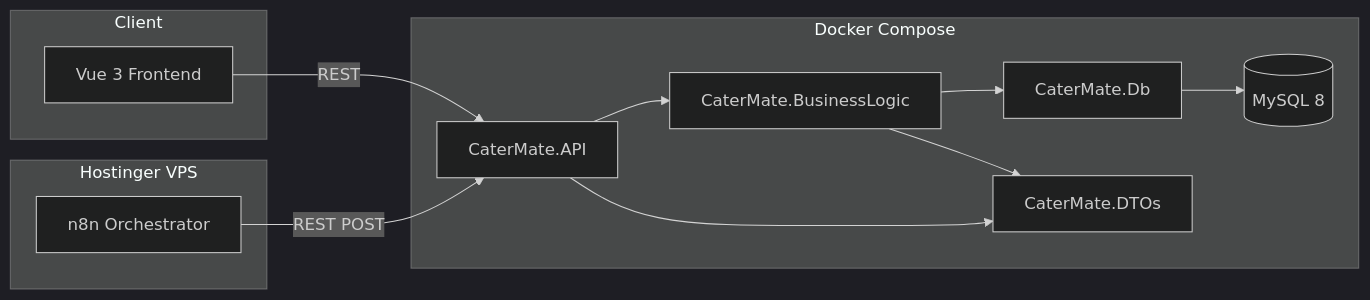
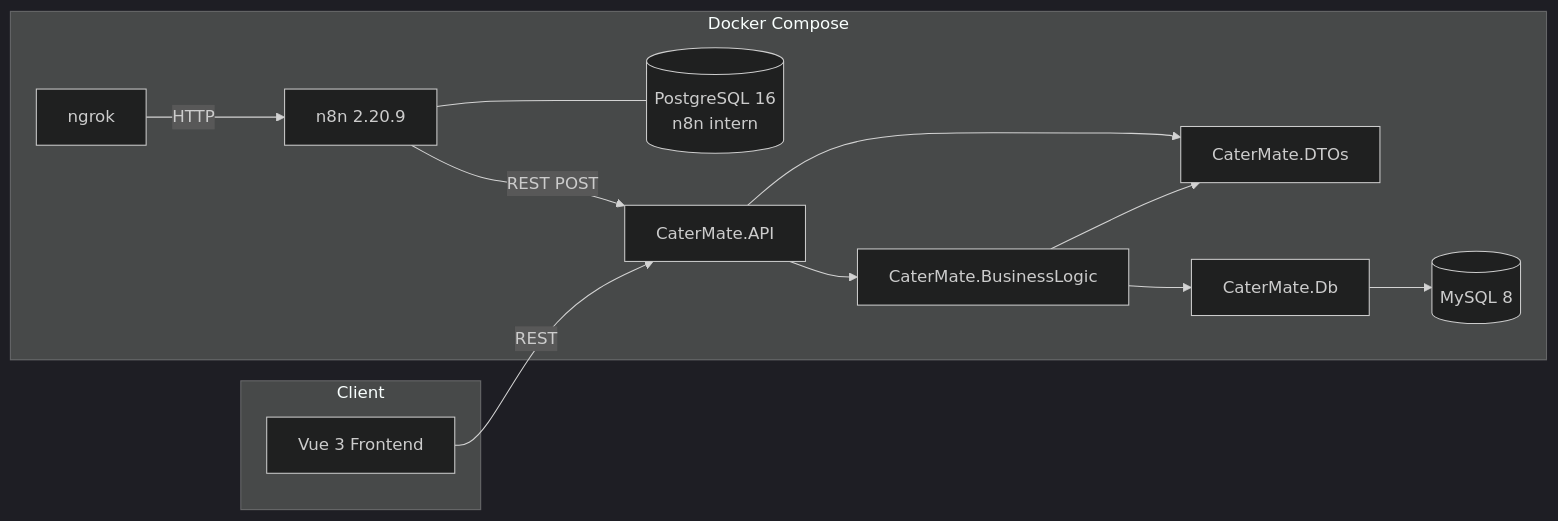
One commit to hggry/CaterMate-ERP changed the second of 5 diagrams in Doc/TechSpec/architecture.md. Above: the diagram before and after it, drawn with Mermaid (dark theme). The commit also changed other lines of this file and 3 other files, not shown here.

````diff
--- a/Doc/TechSpec/architecture.md
+++ b/Doc/TechSpec/architecture.md
@@ -104,26 +107,27 @@
 ```mermaid
 graph LR
     subgraph Client
         FE["Vue 3 Frontend"]
     end
 
     subgraph Docker ["Docker Compose"]
         API["CaterMate.API"]
         BL["CaterMate.BusinessLogic"]
         DB_Proj["CaterMate.Db"]
         DTOs["CaterMate.DTOs"]
         MySQL[("MySQL 8")]
-    end
-
-    subgraph VPS ["Hostinger VPS"]
-        n8n["n8n Orchestrator"]
+        n8n["n8n 2.20.9"]
+        n8n_pg[("PostgreSQL 16\nn8n intern")]
+        ngrok["ngrok"]
     end
 
     FE -->|REST| API
     n8n -->|"REST POST"| API
+    ngrok -->|HTTP| n8n
+    n8n --- n8n_pg
     API --> BL
     API --> DTOs
     BL --> DB_Proj
     BL --> DTOs
     DB_Proj --> MySQL
 ```
````
